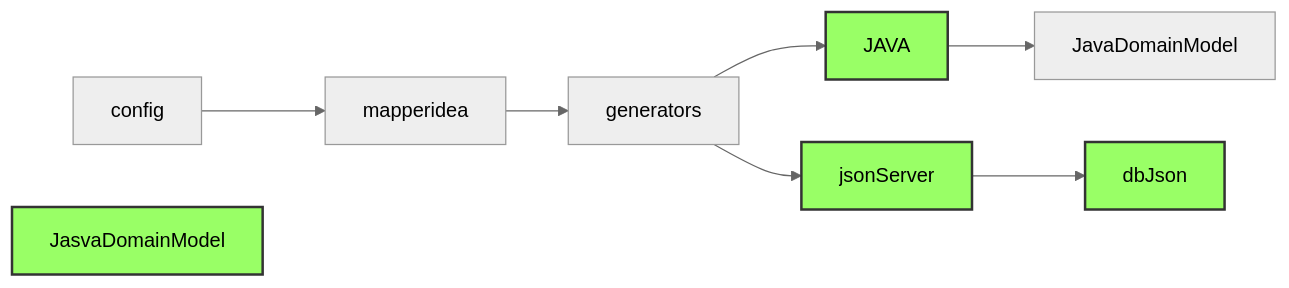
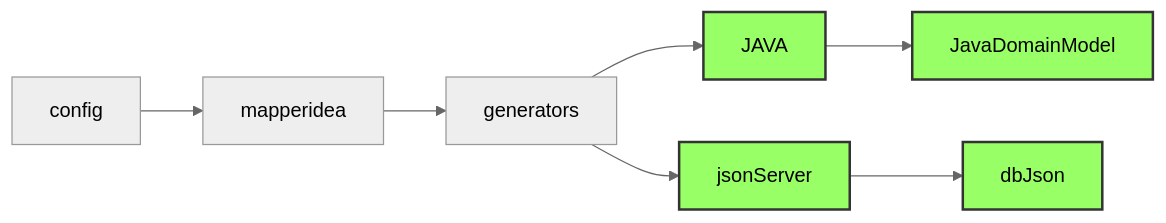
The second of 2 diagrams in mapeando-codigo.md (HamiltonVentura/MapperIdea), drawn with Mermaid (neutral theme) before and after one commit.

````diff
--- a/mapeando-codigo.md
+++ b/mapeando-codigo.md
@@ -14,14 +14,14 @@
 ```mermaid
     flowchart LR
         config --> mapperidea;
         mapperidea --> generators;
         generators --> JAVA;
         generators --> jsonServer;
         JAVA --> JavaDomainModel;
         jsonServer --> dbJson;
 
 style JAVA fill:#9f6,stroke:#333,stroke-width:2px;
 style jsonServer fill:#9f6,stroke:#333,stroke-width:2px;
-style JasvaDomainModel fill:#9f6,stroke:#333,stroke-width:2px;
+style JavaDomainModel fill:#9f6,stroke:#333,stroke-width:2px;
 style dbJson fill:#9f6,stroke:#333,stroke-width:2px;
 ```
````
